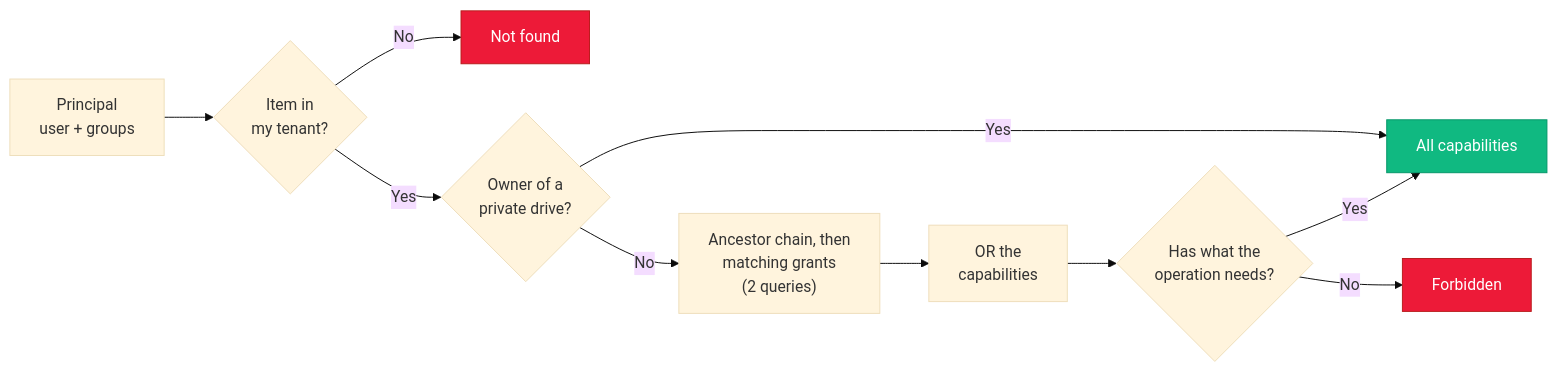
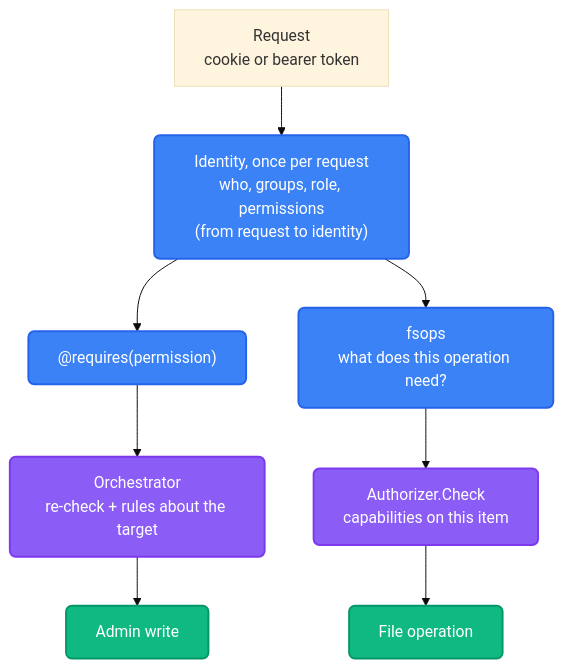
The diagram in docs/content/docs/(contributors)/architecture/authz/overview.mdx (platrium-app/platrium), drawn with Mermaid (base theme) before and after one commit. The commit also changed other lines of this file and 53 other files, not shown here.

````diff
--- a/docs/content/docs/(contributors)/architecture/authz/overview.mdx
+++ b/docs/content/docs/(contributors)/architecture/authz/overview.mdx
@@ -64,15 +32,16 @@
 ```mermaid
-flowchart LR
-    classDef ok fill:#10b981,stroke:#059669,color:#fff
-    classDef no fill:#ed1a38,stroke:#b91c1c,color:#fff
+flowchart TD
+    classDef gate fill:#3b82f6,stroke:#2563eb,stroke-width:2px,color:#fff,rx:6px,ry:6px;
+    classDef rule fill:#8b5cf6,stroke:#7c3aed,stroke-width:2px,color:#fff,rx:6px,ry:6px;
+    classDef ok fill:#10b981,stroke:#059669,stroke-width:2px,color:#fff,rx:6px,ry:6px;
 
-    A["Principal<br/>user + groups"] --> B{"Item in<br/>my tenant?"}
-    B -->|No| X["Not found"]:::no
-    B -->|Yes| C{"Owner of a<br/>private drive?"}
-    C -->|Yes| Y["All capabilities"]:::ok
-    C -->|No| D["Ancestor chain, then<br/>matching grants<br/>(2 queries)"]
-    D --> E["OR the<br/>capabilities"]
-    E --> F{"Has what the<br/>operation needs?"}
-    F -->|Yes| Y
-    F -->|No| Z["Forbidden"]:::no
+    R["Request<br/>cookie or bearer token"] --> I["Identity, once per request<br/>who, groups, role, permissions<br/>(from request to identity)"]:::gate
+
+    I --> A1["@requires(permission)"]:::gate
+    A1 --> A2["Orchestrator<br/>re-check + rules about the target"]:::rule
+    A2 --> A3["Admin write"]:::ok
+
+    I --> F1["fsops<br/>what does this operation need?"]:::gate
+    F1 --> F2["Authorizer.Check<br/>capabilities on this item"]:::rule
+    F2 --> F3["File operation"]:::ok
 ```
````
